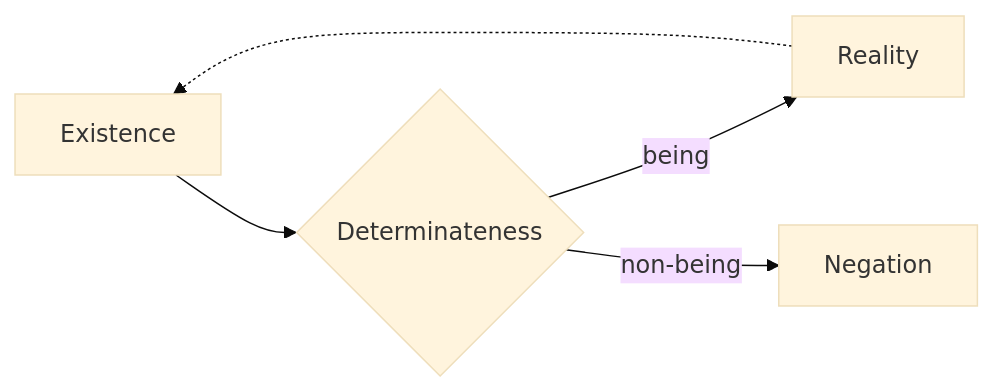
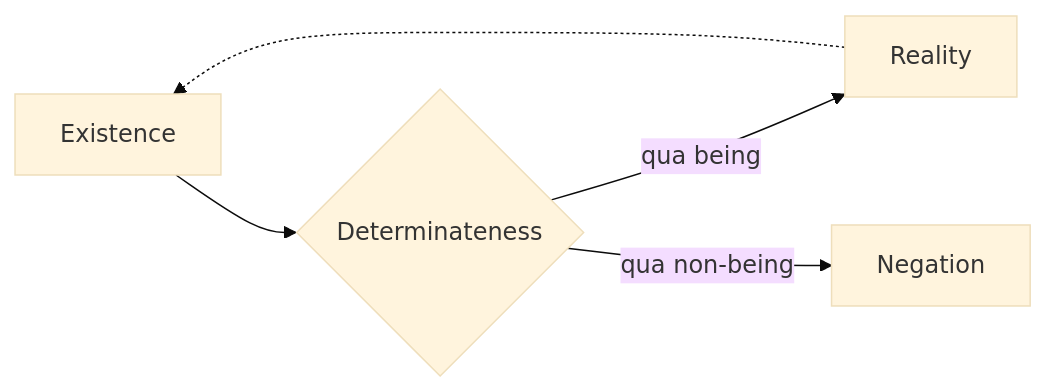
The diagram in content/hegel/reference/quality/development.mdx (systemphil/sphil), drawn with Mermaid (base theme) before and after one commit. The commit also changed other lines of this file, not shown here.

````diff
--- a/content/hegel/reference/quality/development.mdx
+++ b/content/hegel/reference/quality/development.mdx
@@ -99,8 +113,7 @@
 ```mermaid
 flowchart LR
   Existence --> C{Determinateness}
-  C -- being --> D[Reality]
+  C -- "qua being" --> D[Reality]
   D -.-> Existence
-  C -- non-being --> E[Negation]
-
+  C -- "qua non-being" --> E[Negation]
 ```
````
